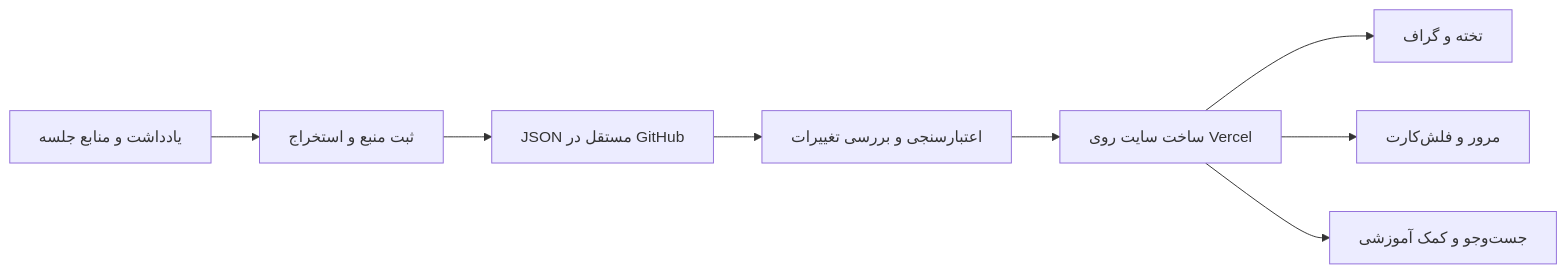
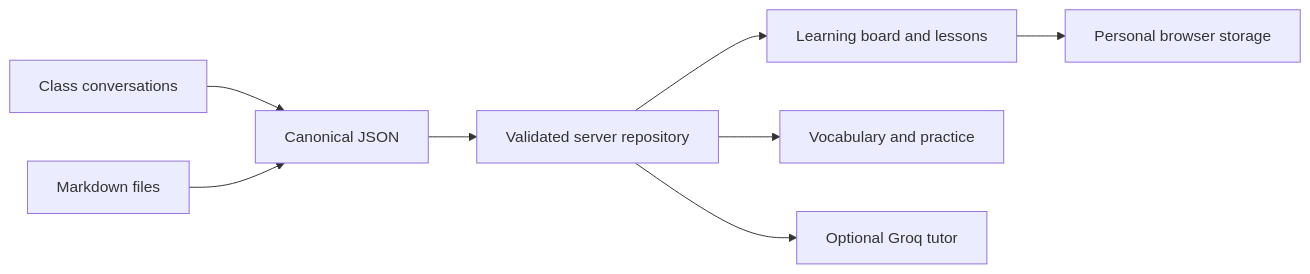
The diagram in README.md (salman0H/Hashieh), drawn with Mermaid before and after one commit. The commit also changed other lines of this file and 11 other files, not shown here.

````diff
--- a/README.md
+++ b/README.md
@@ -22,10 +133,10 @@
 ```mermaid
 flowchart LR
-    A[یادداشت و منابع جلسه] --> B[ثبت منبع و استخراج]
-    B --> C[JSON مستقل در GitHub]
-    C --> D[اعتبارسنجی و بررسی تغییرات]
-    D --> E[ساخت سایت روی Vercel]
-    E --> F[تخته و گراف]
-    E --> G[مرور و فلش‌کارت]
-    E --> H[جست‌وجو و کمک آموزشی]
+    A[Class conversations] --> B[Canonical JSON]
+    M[Markdown files] --> B
+    B --> C[Validated server repository]
+    C --> D[Learning board and lessons]
+    C --> E[Vocabulary and practice]
+    C --> F[Optional Groq tutor]
+    D --> G[Personal browser storage]
 ```
````
